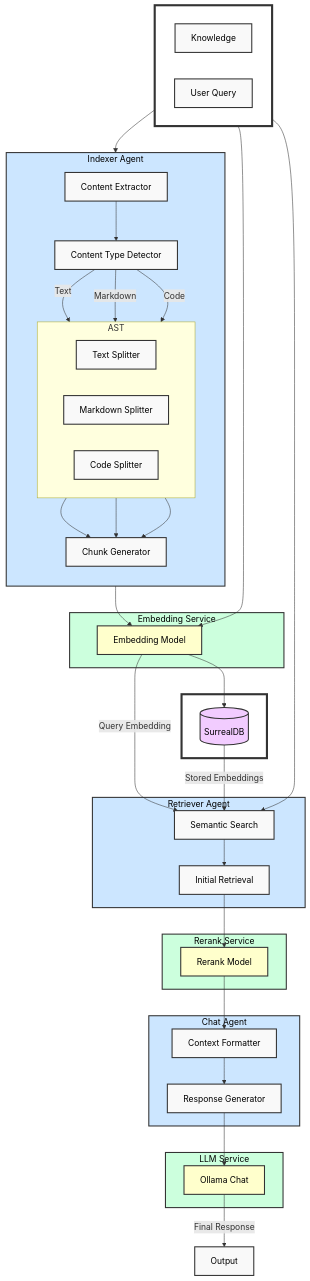
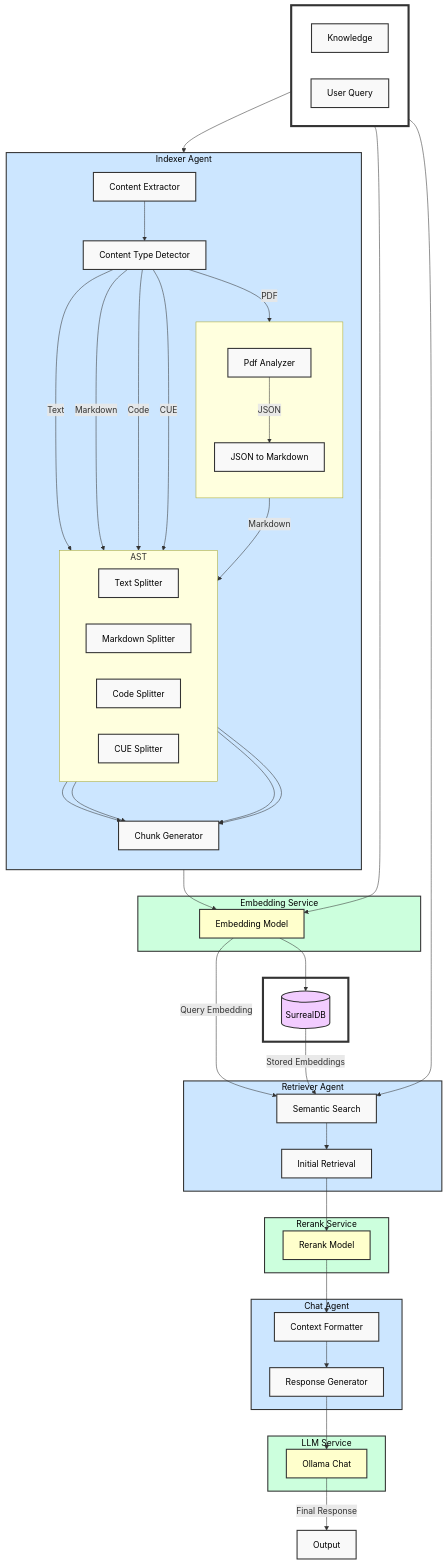
Before and after one commit to VertexStudio/bioma: the second of 2 diagrams in bioma_llm/examples/rag_server.md, drawn with Mermaid. The commit also changed other lines of this file and 1 other file, not shown here.

Commit message:
merge conflicsts

```diff
--- a/bioma_llm/examples/rag_server.md
+++ b/bioma_llm/examples/rag_server.md
@@ -69,12 +70,19 @@
         direction TB
         FileReader[Content Extractor]
         TypeDetector[Content Type Detector]
+
+        subgraph PdfToMarkdown[" "]
+            direction TB
+            PdfAnalyzer[Pdf Analyzer]
+            JsonToMarkdown[JSON to Markdown]
+        end
         
         subgraph Splitters["AST"]
             direction LR
             TextSplitter[Text Splitter]
             MarkdownSplitter[Markdown Splitter]
             CodeSplitter[Code Splitter]
+            CueSplitter[CUE Splitter]
         end
         
         ChunkGenerator[Chunk Generator]
@@ -108,13 +116,20 @@
 
     RawDocs --> FileReader
     FileReader --> TypeDetector
+    TypeDetector -->|PDF| PdfAnalyzer
+
+    PdfAnalyzer -->|JSON| JsonToMarkdown
+
     TypeDetector -->|Text| TextSplitter
     TypeDetector -->|Markdown| MarkdownSplitter
+    JsonToMarkdown -->|Markdown| MarkdownSplitter
     TypeDetector -->|Code| CodeSplitter
+    TypeDetector -->|CUE| CueSplitter
     
     TextSplitter --> ChunkGenerator
     MarkdownSplitter --> ChunkGenerator
     CodeSplitter --> ChunkGenerator
+    CueSplitter --> ChunkGenerator
     
     ChunkGenerator --> EmbeddingModel
     EmbeddingModel --> SurrealDB
```
